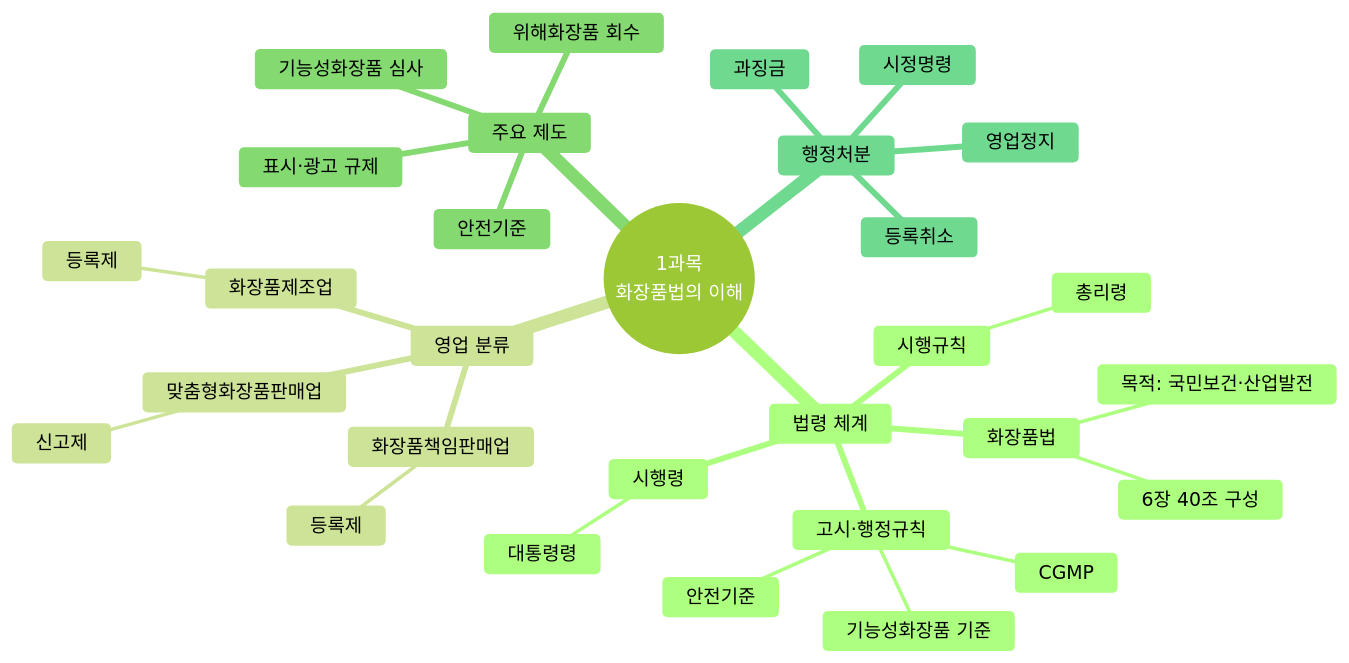
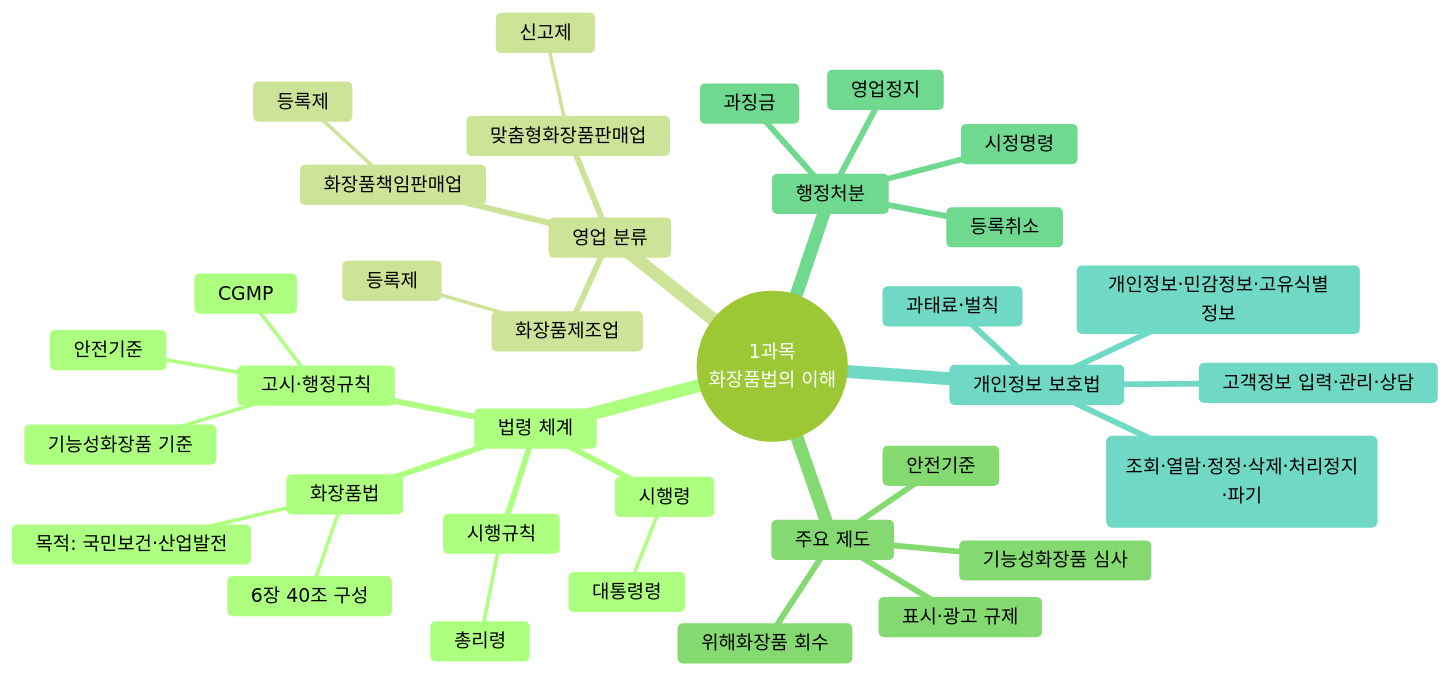
The first of 10 diagrams in content/교재/law/1과목_화장품법의이해_이야기형.md (skygoldlee-cyber/Personalized_Skincare), drawn with Mermaid (forest theme) before and after one commit. The commit also changed other lines of this file and 14 other files, not shown here.

````diff
--- a/content/교재/law/1과목_화장품법의이해_이야기형.md
+++ b/content/교재/law/1과목_화장품법의이해_이야기형.md
@@ -204,33 +204,38 @@
 ```mermaid
 mindmap
   root((1과목<br/>화장품법의 이해))
     법령 체계
       화장품법
         목적: 국민보건·산업발전
         6장 40조 구성
       시행령
         대통령령
       시행규칙
         총리령
       고시·행정규칙
         기능성화장품 기준
         CGMP
         안전기준
     영업 분류
       화장품제조업
         등록제
       화장품책임판매업
         등록제
       맞춤형화장품판매업
         신고제
     주요 제도
       기능성화장품 심사
       안전기준
       위해화장품 회수
       표시·광고 규제
     행정처분
       등록취소
       영업정지
       과징금
       시정명령
+    개인정보 보호법
+      개인정보·민감정보·고유식별정보
+      6대 권리(조회·열람·정정·삭제·처리정지·파기)
+      고객정보 입력·관리·상담
+      과태료·벌칙
 ```
````
